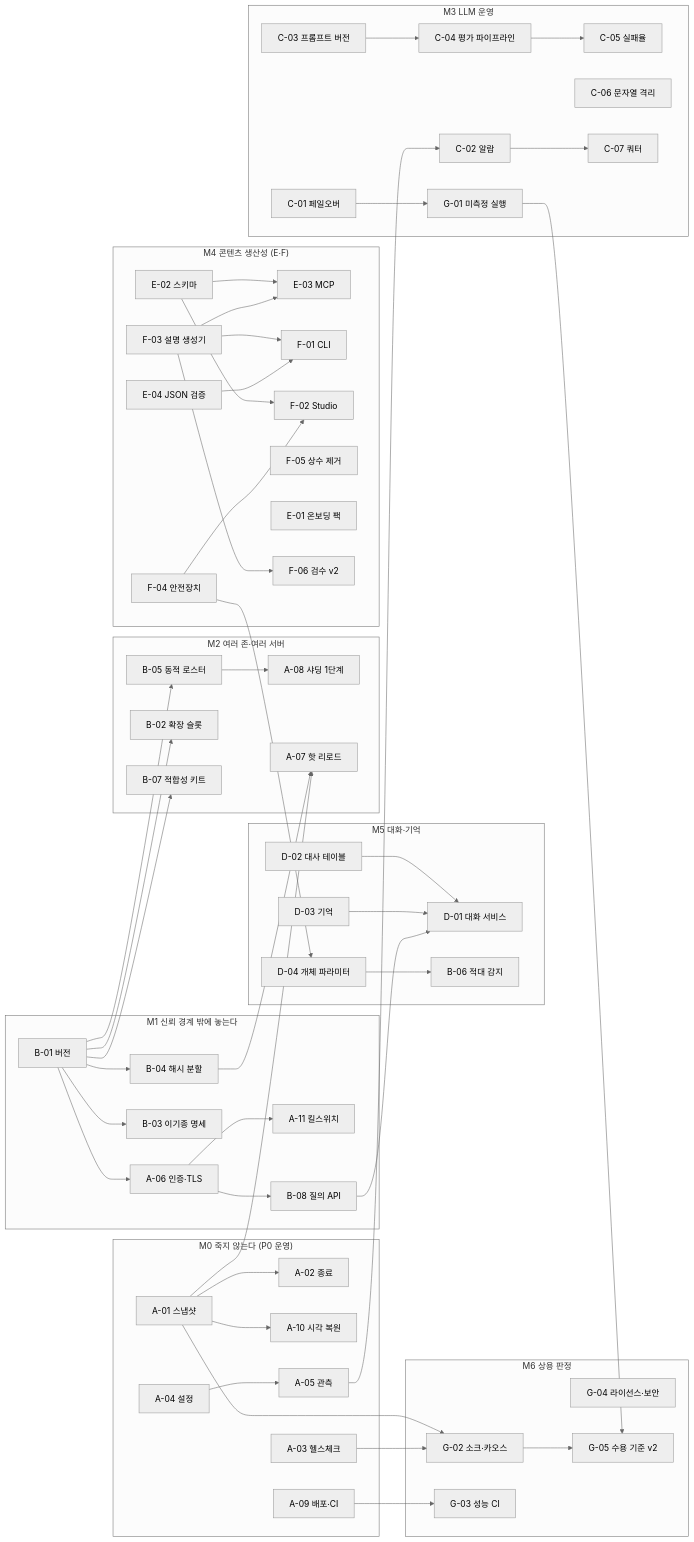
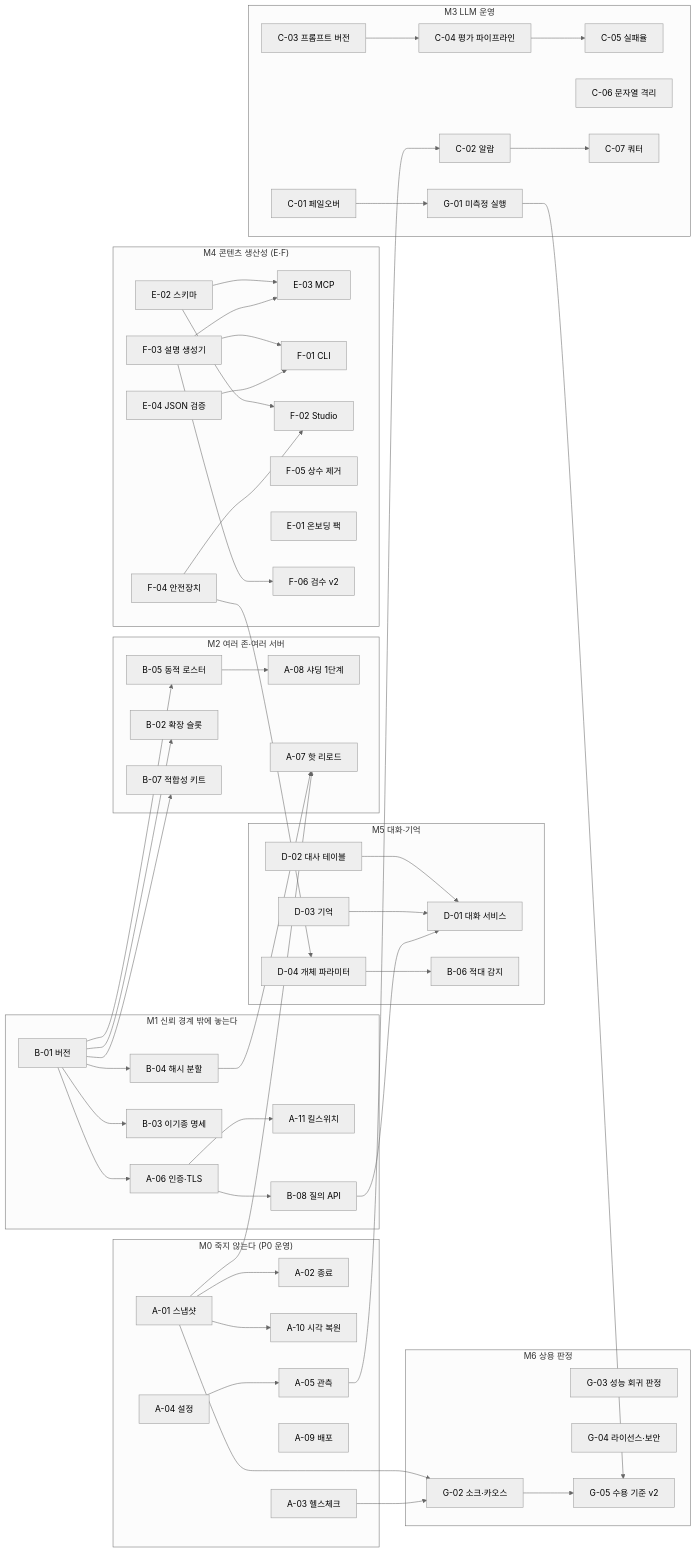
One commit to jacking75/LlmNpcServer changed the diagram in PRODUCTION_ROADMAP.md. Above: the diagram before and after it, drawn with Mermaid (neutral theme). The commit also changed other lines of this file and 28 other files, not shown here.

````diff
--- a/PRODUCTION_ROADMAP.md
+++ b/PRODUCTION_ROADMAP.md
@@ -127,56 +130,56 @@
 ```mermaid
 graph LR
   subgraph M0["M0 죽지 않는다 (P0 운영)"]
     A01[A-01 스냅샷] --> A02[A-02 종료]
     A01 --> A10[A-10 시각 복원]
     A03[A-03 헬스체크]
-    A09[A-09 배포·CI]
+    A09[A-09 배포]
     A04[A-04 설정] --> A05[A-05 관측]
   end
   subgraph M1["M1 신뢰 경계 밖에 놓는다"]
     B01[B-01 버전] --> A06[A-06 인증·TLS]
     B01 --> B03[B-03 이기종 명세]
     B01 --> B04[B-04 해시 분할]
     A06 --> A11[A-11 킬스위치]
     A06 --> B08[B-08 질의 API]
   end
   subgraph M2["M2 여러 존·여러 서버"]
     B01 --> B05[B-05 동적 로스터] --> A08[A-08 샤딩 1단계]
     B01 --> B02[B-02 확장 슬롯]
     A01 --> A07[A-07 핫 리로드]
     B04 --> A07
     B01 --> B07[B-07 적합성 키트]
   end
   subgraph M3["M3 LLM 운영"]
     C01[C-01 페일오버] --> G01[G-01 미측정 실행]
     A05 --> C02[C-02 알람]
     C03[C-03 프롬프트 버전] --> C04[C-04 평가 파이프라인] --> C05[C-05 실패율]
     C06[C-06 문자열 격리]
     C02 --> C07[C-07 쿼터]
   end
   subgraph M4["M4 콘텐츠 생산성 (E·F)"]
     E02[E-02 스키마] --> E03[E-03 MCP]
     F03[F-03 설명 생성기] --> E03
     F03 --> F01[F-01 CLI]
     E04[E-04 JSON 검증] --> F01
     E02 --> F02[F-02 Studio]
     F04[F-04 안전장치] --> F02
     F05[F-05 상수 제거]
     E01[E-01 온보딩 팩]
     F03 --> F06[F-06 검수 v2]
   end
   subgraph M5["M5 대화·기억"]
     D02[D-02 대사 테이블] --> D01[D-01 대화 서비스]
     D03[D-03 기억] --> D01
     B08 --> D01
     F04 --> D04[D-04 개체 파라미터] --> B06[B-06 적대 감지]
   end
   subgraph M6["M6 상용 판정"]
     A01 --> G02[G-02 소크·카오스]
     A03 --> G02
-    A09 --> G03[G-03 성능 CI]
+    G03[G-03 성능 회귀 판정]
     G04[G-04 라이선스·보안]
     G02 --> G05[G-05 수용 기준 v2]
     G01 --> G05
   end
 ```
````
